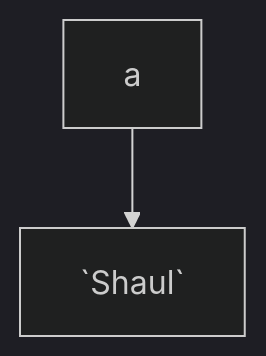
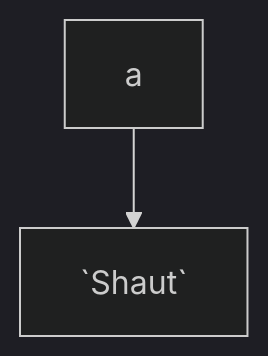
One commit to swimmio/csharp-shaul-test changed the diagram in .swm/mermaid-115.3uilhbnn.sw.md. Above: the diagram before and after it, drawn with Mermaid (dark theme). The commit also changed other lines of this file and 2 other files, not shown here.

Commit message:
docs(swimm): update docs & playlists: "Mermaid 1.15", "New Doc", "Playlist 1.11"

````diff
--- a/.swm/mermaid-115.3uilhbnn.sw.md
+++ b/.swm/mermaid-115.3uilhbnn.sw.md
@@ -13,5 +13,4 @@
 ```mermaid
 graph TD
-
-a --> `Shaul`
+a --> `Shaut`
 ```
````
